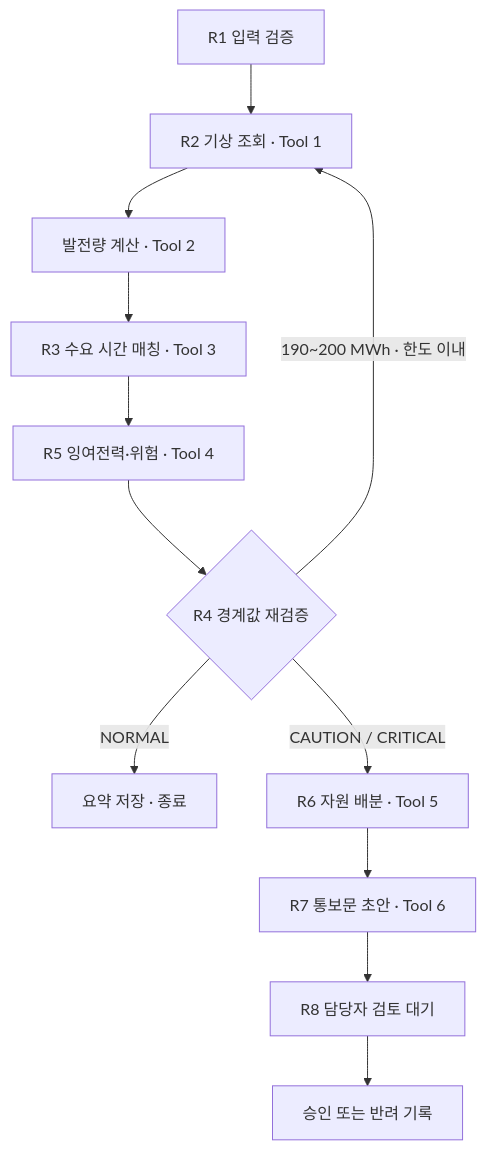
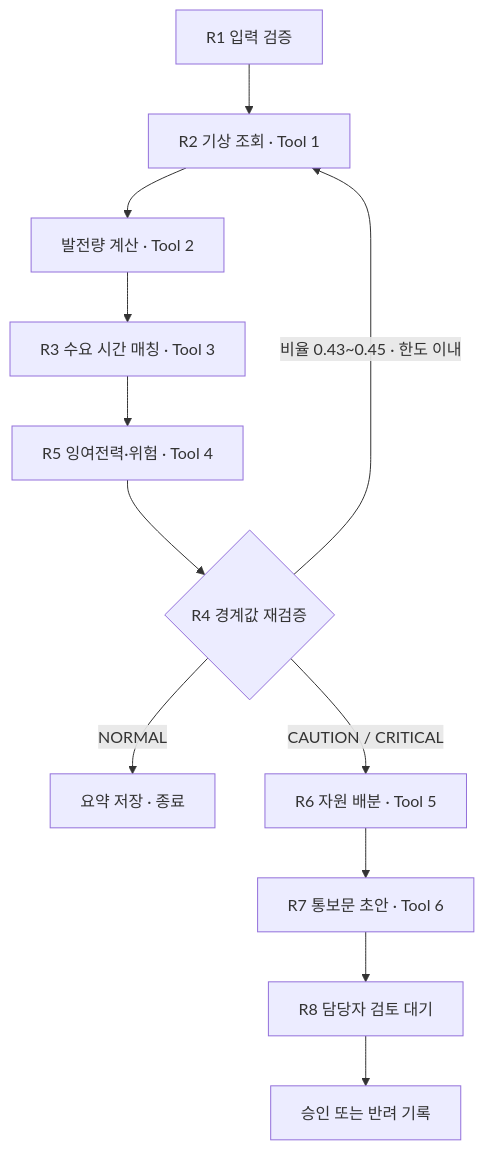
Before and after one commit to dwnnn-archive/-Jeju_AI_BigData_Hakathon: the second of 2 diagrams in README.md, drawn with Mermaid. The commit also changed other lines of this file and 18 other files, not shown here.

````diff
--- a/README.md
+++ b/README.md
@@ -106,14 +106,14 @@
 ```mermaid
 flowchart TD
     A["R1 입력 검증"] --> B["R2 기상 조회 · Tool 1"]
     B --> C["발전량 계산 · Tool 2"]
     C --> D["R3 수요 시간 매칭 · Tool 3"]
     D --> E["R5 잉여전력·위험 · Tool 4"]
     E --> F{"R4 경계값 재검증"}
-    F -->|"190~200 MWh · 한도 이내"| B
+    F -->|"비율 0.43~0.45 · 한도 이내"| B
     F -->|NORMAL| G["요약 저장 · 종료"]
     F -->|"CAUTION / CRITICAL"| H["R6 자원 배분 · Tool 5"]
     H --> I["R7 통보문 초안 · Tool 6"]
     I --> J["R8 담당자 검토 대기"]
     J --> K["승인 또는 반려 기록"]
 ```
````
